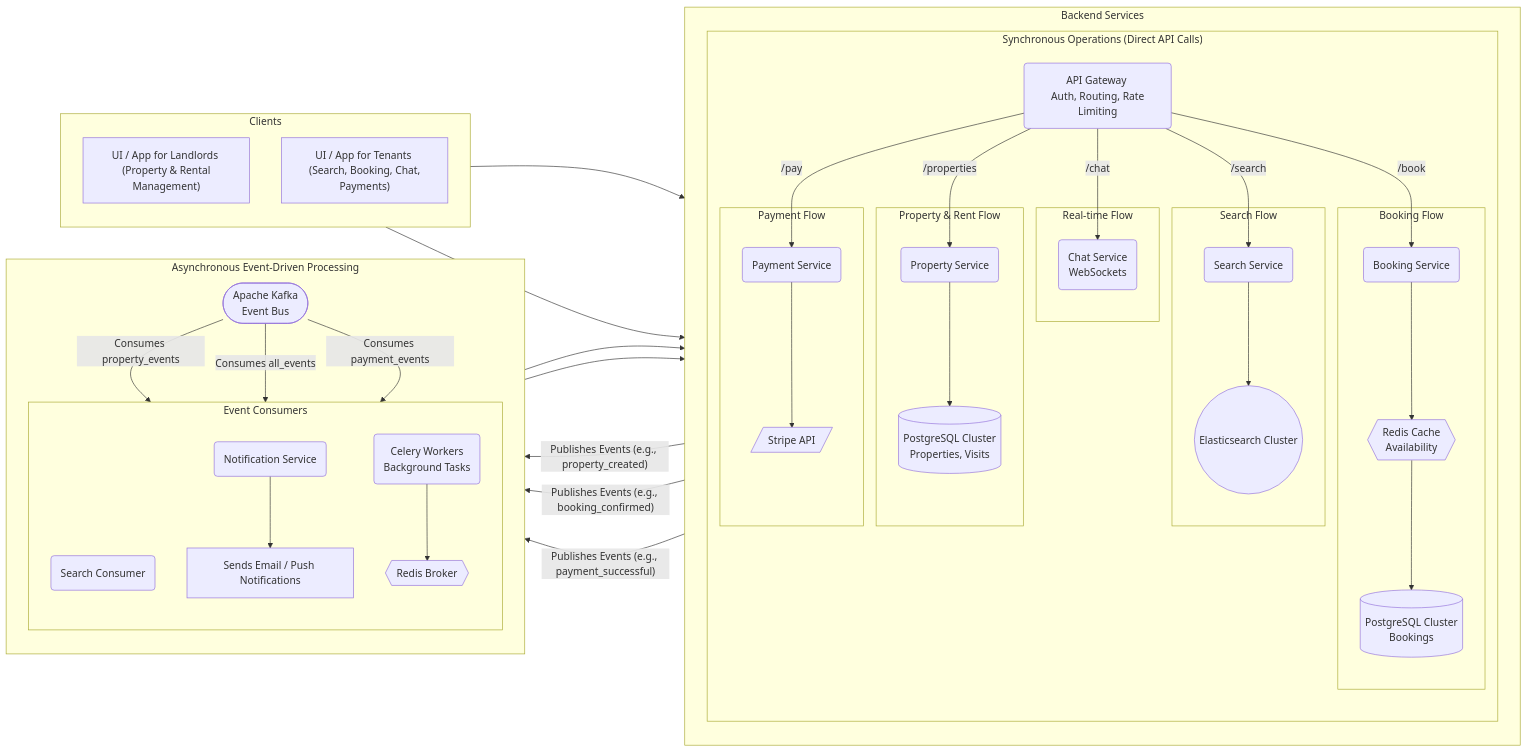
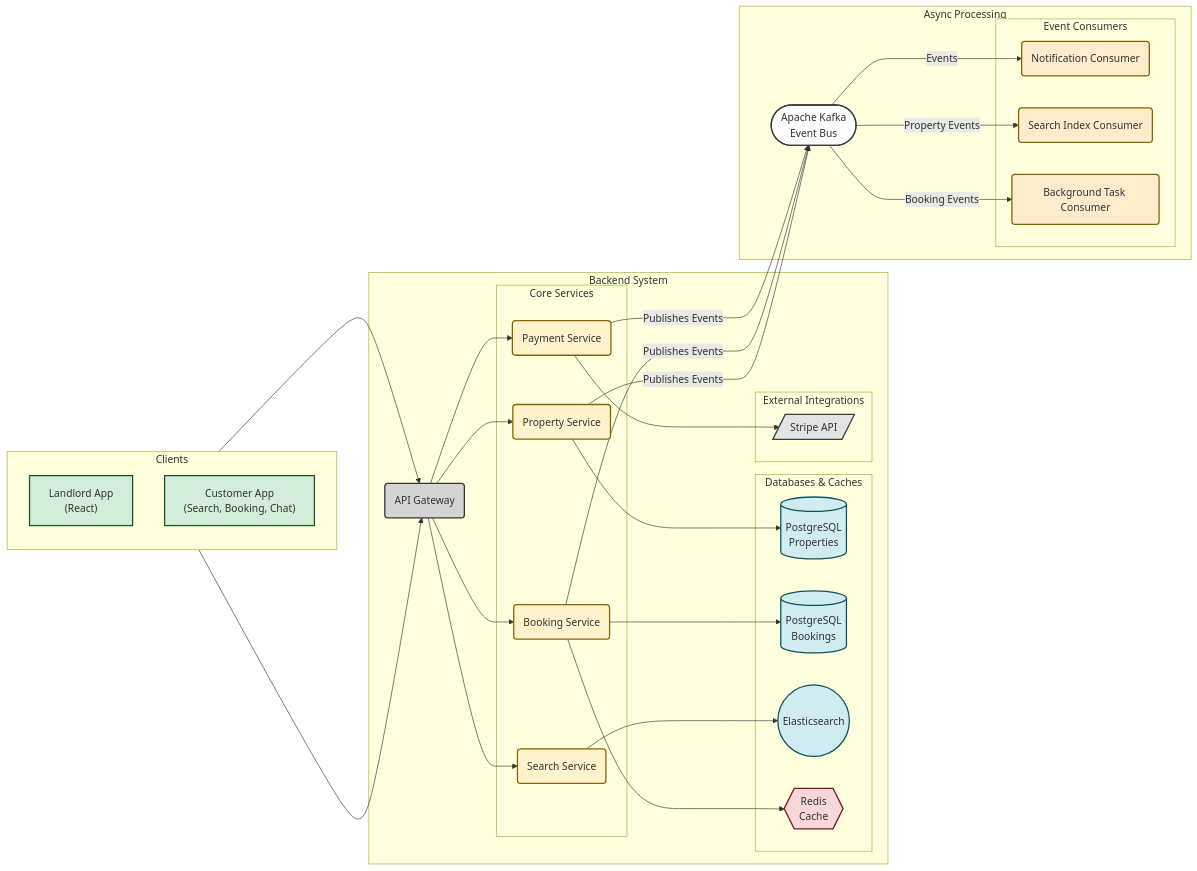
Before and after one commit to AdilAbubacker/rentezyFrontend: the first of 4 diagrams in README.md, drawn with Mermaid.

````diff
--- a/README.md
+++ b/README.md
@@ -14,73 +14,73 @@
 ```mermaid
 graph LR
+    %% --- Define Styles ---
+    classDef client fill:#d4edda,stroke:#155724,stroke-width:2px;
+    classDef service fill:#fff3cd,stroke:#856404,stroke-width:2px;
+    classDef gateway fill:#d4d4d4,stroke:#333,stroke-width:2px;
+    classDef database fill:#d1ecf1,stroke:#0c5460,stroke-width:2px;
+    classDef cache fill:#f8d7da,stroke:#721c24,stroke-width:2px;
+    classDef bus fill:#fdfdfe,stroke:#383d41,stroke-width:2px;
+    classDef consumer fill:#ffeccc,stroke:#806602,stroke-width:2px;
+    classDef external fill:#e2e3e5,stroke:#383d41,stroke-width:2px;
+
+    %% --- Define Components ---
     subgraph Clients
         direction TB
-        landlord["UI / App for Landlords <br> (Property & Rental Management)"]
-        tenant["UI / App for Tenants <br> (Search, Booking, Chat, Payments)"]
+        landlord["Landlord App <br> (React)"]:::client
+        tenant["Customer App <br> (Search, Booking, Chat)"]:::client
     end
 
-    subgraph "Backend Services"
-        direction TB
+    subgraph "Backend System"
+        gateway("API Gateway"):::gateway
         
-        subgraph "Synchronous Operations (Direct API Calls)"
-            direction TB
-            gateway("API Gateway <br> Auth, Routing, Rate Limiting")
-
-            subgraph "Property & Rent Flow"
-                prop_service("Property Service") --> prop_db[("PostgreSQL Cluster <br> Properties, Visits")]
-            end
-            
-            subgraph "Search Flow"
-                search_service("Search Service") --> es_cluster(("Elasticsearch Cluster"))
-            end
-
-            subgraph "Booking Flow"
-                booking_service("Booking Service") --> redis_cache{{"Redis Cache <br> Availability"}}
-                redis_cache --> booking_db[("PostgreSQL Cluster <br> Bookings")]
-            end
-            
-            subgraph "Real-time Flow"
-                chat_service("Chat Service <br> WebSockets")
-            end
-
-            subgraph "Payment Flow"
-                payment_service("Payment Service") --> stripe[/Stripe API/]
-            end
+        subgraph "Core Services"
+            prop_service("Property Service"):::service
+            search_service("Search Service"):::service
+            booking_service("Booking Service"):::service
+            payment_service("Payment Service"):::service
         end
 
-    end
-    
-    subgraph "Asynchronous Event-Driven Processing"
-        direction TB
-        kafka_bus(["Apache Kafka <br> Event Bus"])
+        subgraph "Databases & Caches"
+            prop_db[("PostgreSQL <br> Properties")]:::database
+            booking_db[("PostgreSQL <br> Bookings")]:::database
+            es_cluster(("Elasticsearch")):::database
+            redis_cache{{"Redis <br> Cache"}}:::cache
+        end
 
-        subgraph "Event Consumers"
-            direction TB
-            search_consumer("Search Consumer") --> es_cluster
-            notification_service("Notification Service") --> user_comm["Sends Email / Push Notifications"]
-            celery_workers("Celery Workers <br> Background Tasks") --> redis_broker{{"Redis Broker"}}
-            celery_workers --> booking_db
+        subgraph "External Integrations"
+           stripe[/Stripe API/]:::external
         end
     end
 
-    %% Client to Gateway
+    subgraph "Async Processing"
+        kafka_bus(["Apache Kafka <br> Event Bus"]):::bus
+        subgraph "Event Consumers"
+             note_consumer("Notification Consumer"):::consumer
+             search_consumer("Search Index Consumer"):::consumer
+             celery_consumer("Background Task Consumer"):::consumer
+        end
+    end
+
+    %% --- Define Connections ---
     landlord --> gateway
     tenant --> gateway
 
-    %% Gateway to Services
-    gateway -- "/properties" --> prop_service
-    gateway -- "/search" --> search_service
-    gateway -- "/book" --> booking_service
-    gateway -- "/chat" --> chat_service
-    gateway -- "/pay" --> payment_service
+    gateway --> prop_service
+    gateway --> search_service
+    gateway --> booking_service
+    gateway --> payment_service
 
-    %% Services Publishing Events
-    prop_service -- "Publishes Events (e.g., property_created)" --> kafka_bus
-    booking_service -- "Publishes Events (e.g., booking_confirmed)" --> kafka_bus
-    payment_service -- "Publishes Events (e.g., payment_successful)" --> kafka_bus
+    prop_service --> prop_db
+    booking_service --> booking_db
+    booking_service --> redis_cache
+    search_service --> es_cluster
+    payment_service --> stripe
 
-    %% Kafka Consuming Events
-    kafka_bus -- "Consumes property_events" --> search_consumer
-    kafka_bus -- "Consumes all_events" --> notification_service
-    kafka_bus -- "Consumes payment_events" --> celery_workers
+    prop_service -- Publishes Events --> kafka_bus
+    booking_service -- Publishes Events --> kafka_bus
+    payment_service -- Publishes Events --> kafka_bus
+
+    kafka_bus -- Events --> note_consumer
+    kafka_bus -- Property Events --> search_consumer
+    kafka_bus -- Booking Events --> celery_consumer
 ```
````
